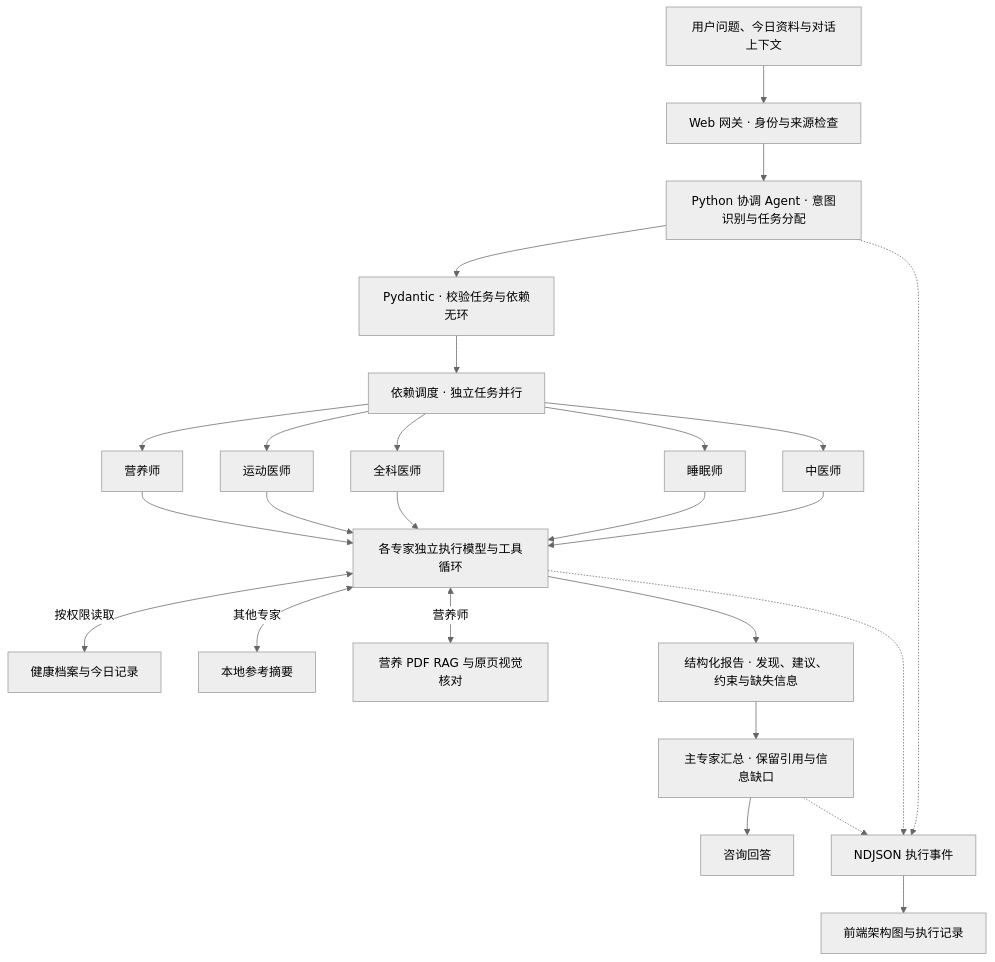
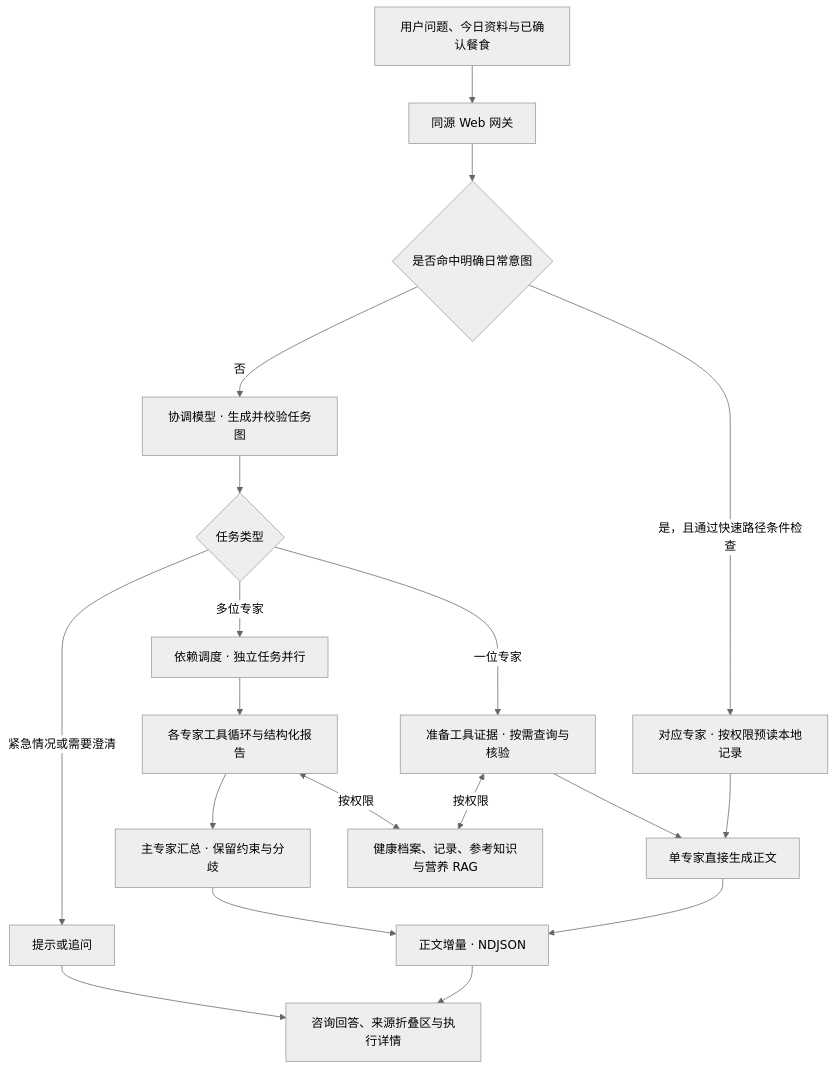
One commit to jeremy-nbd/wellnest changed the first of 2 diagrams in README.md. Above: the diagram before and after it, drawn with Mermaid (neutral theme). The commit also changed other lines of this file, not shown here.

````diff
--- a/README.md
+++ b/README.md
@@ -41,27 +42,21 @@
 ```mermaid
 flowchart TD
-    userInput["用户问题、今日资料与对话上下文"] --> api["Web 网关 · 身份与来源检查"]
-    api --> coordinator["Python 协调 Agent · 意图识别与任务分配"]
-    coordinator --> validation["Pydantic · 校验任务与依赖无环"]
-    validation --> scheduler["依赖调度 · 独立任务并行"]
-    scheduler --> nutrition["营养师"]
-    scheduler --> sports["运动医师"]
-    scheduler --> general["全科医师"]
-    scheduler --> sleep["睡眠师"]
-    scheduler --> tcm["中医师"]
-    nutrition --> expertLoop["各专家独立执行模型与工具循环"]
-    sports --> expertLoop
-    general --> expertLoop
-    sleep --> expertLoop
-    tcm --> expertLoop
-    expertLoop <-->|"按权限读取"| records["健康档案与今日记录"]
-    expertLoop <-->|"其他专家"| references["本地参考摘要"]
-    expertLoop <-->|"营养师"| rag["营养 PDF RAG 与原页视觉核对"]
-    expertLoop --> reports["结构化报告 · 发现、建议、约束与缺失信息"]
-    reports --> synthesis["主专家汇总 · 保留引用与信息缺口"]
-    synthesis --> answer["咨询回答"]
-    coordinator -.-> events["NDJSON 执行事件"]
-    expertLoop -.-> events
-    synthesis -.-> events
-    events --> workflow["前端架构图与执行记录"]
+    input["用户问题、今日资料与已确认餐食"] --> api["同源 Web 网关"]
+    api --> intent{"是否命中明确日常意图"}
+    intent -->|"是，且通过快速路径条件检查"| quick["对应专家 · 按权限预读本地记录"]
+    quick --> direct["单专家直接生成正文"]
+    intent -->|"否"| router["协调模型 · 生成并校验任务图"]
+    router --> decision{"任务类型"}
+    decision -->|"紧急情况或需要澄清"| notice["提示或追问"]
+    decision -->|"一位专家"| tools["准备工具证据 · 按需查询与核验"]
+    tools --> direct
+    decision -->|"多位专家"| scheduler["依赖调度 · 独立任务并行"]
+    scheduler --> reports["各专家工具循环与结构化报告"]
+    reports --> synthesis["主专家汇总 · 保留约束与分歧"]
+    direct --> stream["正文增量 · NDJSON"]
+    synthesis --> stream
+    stream --> ui["咨询回答、来源折叠区与执行详情"]
+    notice --> ui
+    tools <-->|"按权限"| data["健康档案、记录、参考知识与营养 RAG"]
+    reports <-->|"按权限"| data
 ```
````
